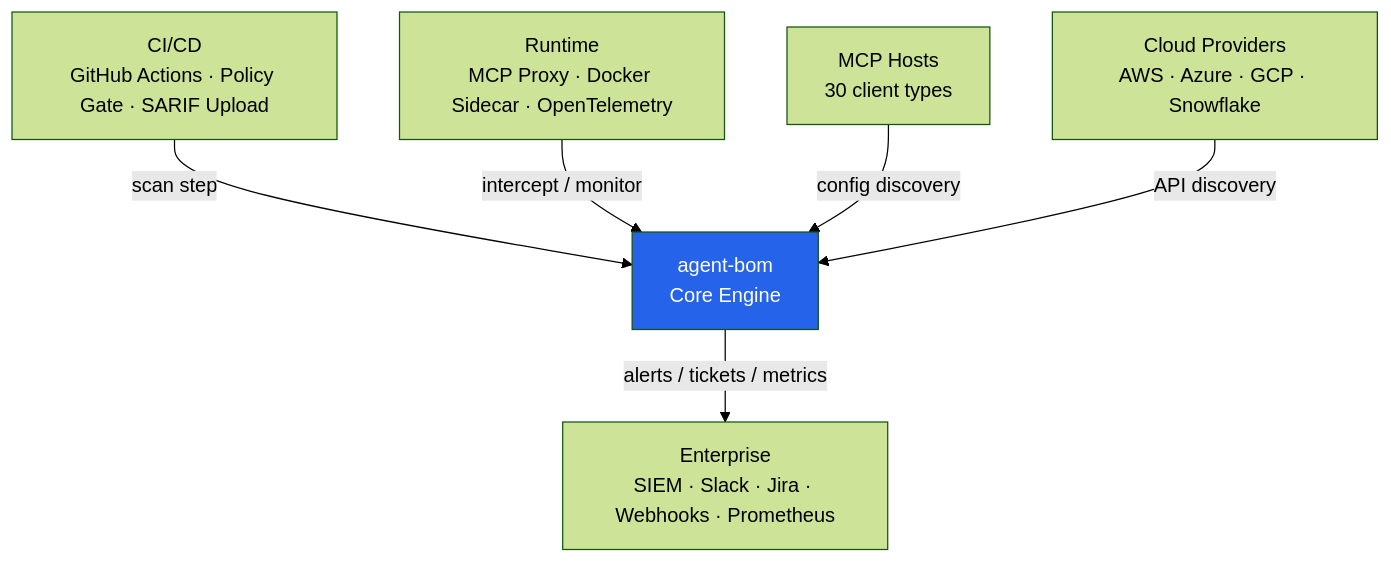
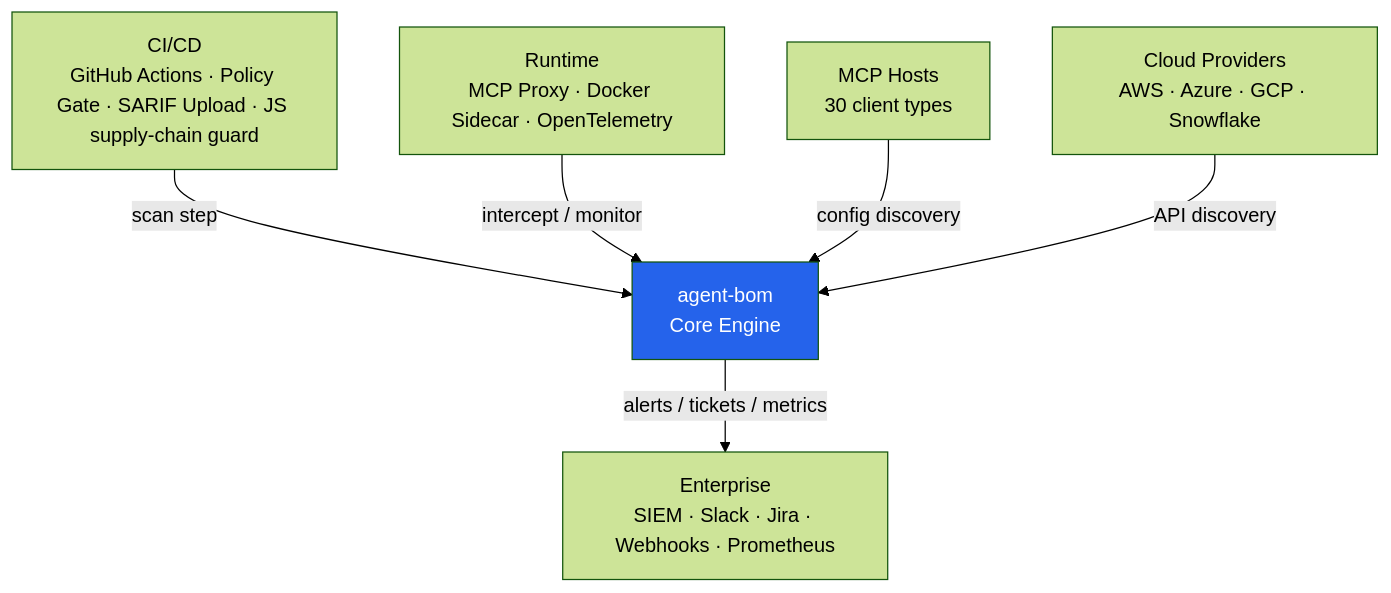
The fifth of 5 diagrams in docs/ARCHITECTURE.md (Rish-2006/agent-bom), drawn with Mermaid (forest theme) before and after one commit. The commit also changed other lines of this file and 8 other files, not shown here.

First line of the commit message:
feat(ci): guard JS supply chain surfaces (#1248)

````diff
--- a/docs/ARCHITECTURE.md
+++ b/docs/ARCHITECTURE.md
@@ -195,18 +195,18 @@
 ```mermaid
 graph TB
     AB["agent-bom\nCore Engine"]
 
-    CI["CI/CD\nGitHub Actions · Policy Gate · SARIF Upload"]
+    CI["CI/CD\nGitHub Actions · Policy Gate · SARIF Upload · JS supply-chain guard"]
     RT["Runtime\nMCP Proxy · Docker Sidecar · OpenTelemetry"]
     HOSTS["MCP Hosts\n30 client types"]
     CLOUD["Cloud Providers\nAWS · Azure · GCP · Snowflake"]
     ENT["Enterprise\nSIEM · Slack · Jira · Webhooks · Prometheus"]
 
     CI -->|scan step| AB
     RT -->|intercept / monitor| AB
     HOSTS -->|config discovery| AB
     CLOUD -->|API discovery| AB
     AB -->|alerts / tickets / metrics| ENT
 
     style AB fill:#2563eb,color:#fff
 ```
````
